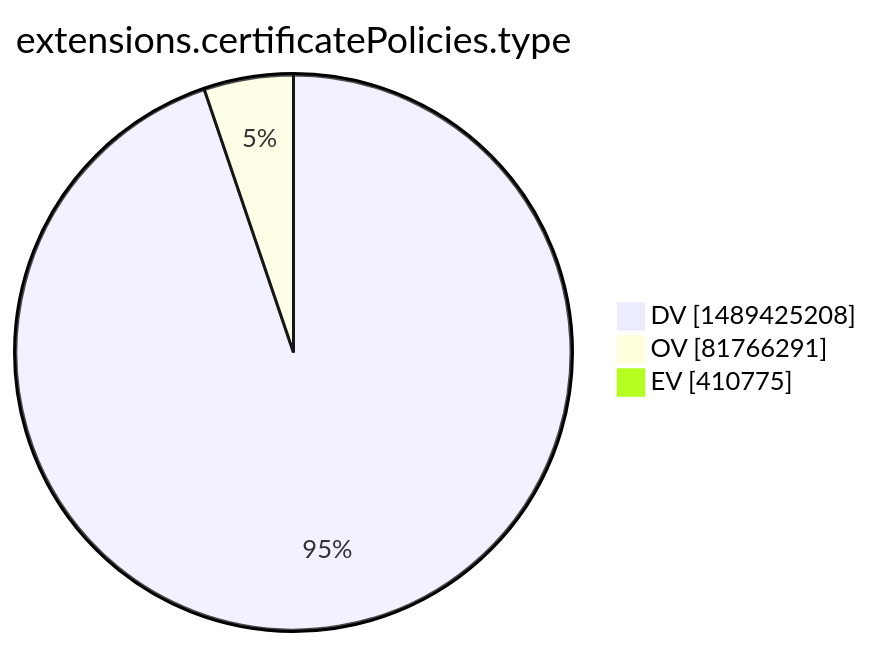
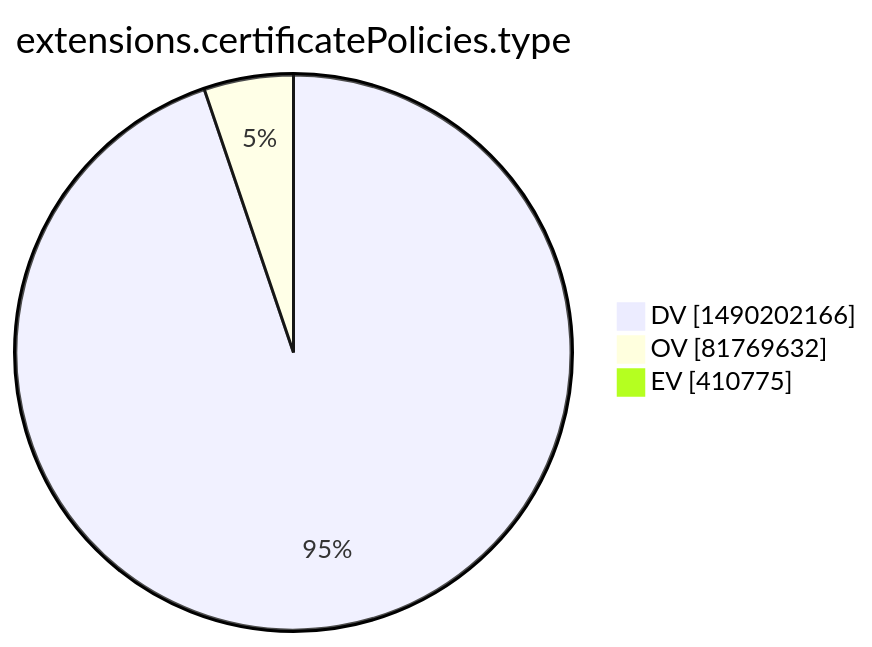
One commit to christiankrug/ctmonitor_visualization changed the tenth of 15 diagrams in xenon2022/README.md. Above: the diagram before and after it, drawn with Mermaid. The commit also changed other lines of this file, not shown here.

````diff
--- a/xenon2022/README.md
+++ b/xenon2022/README.md
@@ -2873,7 +2873,7 @@
 ```mermaid
 pie showData
 title extensions.certificatePolicies.type
-"DV" :1489425208
-"OV" :81766291
+"DV" :1490202166
+"OV" :81769632
 "EV" :410775
 ```
````
